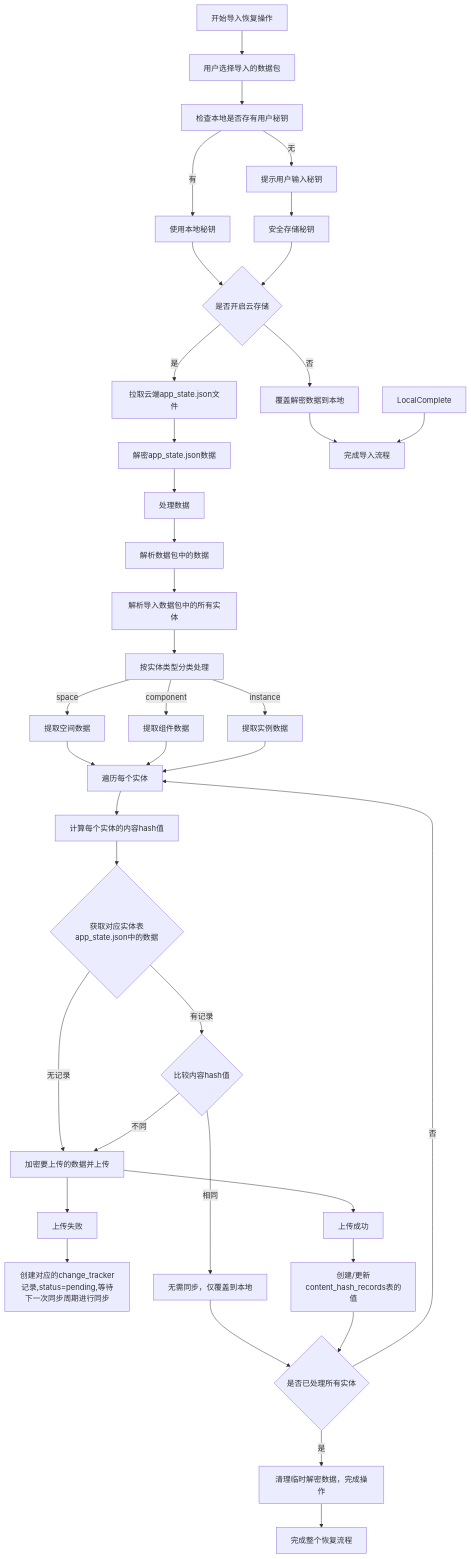
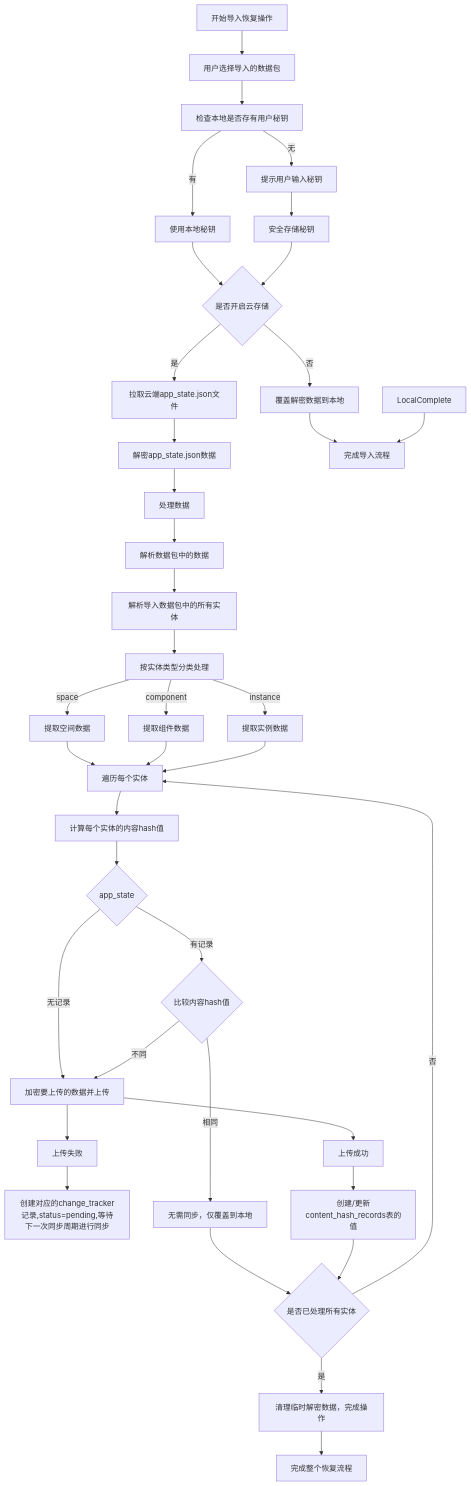
Before and after one commit to yingjianzh/iodraw-files: the diagram in all/未命名-47.md, drawn with Mermaid.

Commit message:
2025-04-29 15:01:38 update

````diff
--- a/all/未命名-47.md
+++ b/all/未命名-47.md
@@ -1,56 +1,56 @@
 ```mermaid
 flowchart TD
     A[开始导入恢复操作] --> B[用户选择导入的数据包]
     B --> B1[检查本地是否存有用户秘钥]
     
     B1 -->|有| B3[使用本地秘钥]
     B1 -->|无| B4[提示用户输入秘钥]
 
     B4 --> B8[安全存储秘钥]
     B3 --> Check{是否开启云存储}
 
     B8 --> Check
     Check --> |否| LocalOnly[覆盖解密数据到本地]
     
     Check --> |是| Download[拉取云端app_state.json文件]
     Download --> AppState[解密app_state.json数据]
 
     LocalOnly --> Complete[完成导入流程]
     AppState --> Process[处理数据]
 
     Process --> C[解析数据包中的数据]
     
     C --> D[解析导入数据包中的所有实体]
     D --> G[按实体类型分类处理]
     
     G -->|space| H1[提取空间数据]
     G -->|component| H2[提取组件数据]
     G -->|instance| H3[提取实例数据]
     
     H1 --> I[遍历每个实体]
     H2 --> I
     H3 --> I
     
     I --> CalcHash[计算每个实体的内容hash值]
-    CalcHash --> L{获取对应实体表app_state.json中的数据}
+    CalcHash --> L{app_state}
     
     L -->|无记录| M1[加密要上传的数据并上传]
     M1 --> N1[上传成功]
     M1 --> N2[上传失败]
     
     N2 --> N3[创建对应的change_tracker记录,status=pending,等待下一次同步周期进行同步]
     N1 --> M4[创建/更新content_hash_records表的值]
     LocalComplete --> Complete
 
     L -->|有记录| M2{比较内容hash值}
     M2 -->|相同| M3[无需同步，仅覆盖到本地]
     M2 -->|不同| M1
     
     M3 --> S{是否已处理所有实体}
     M4 --> S
 
     S -->|否| I
     S -->|是| U[清理临时解密数据，完成操作]
 
     U --> V[完成整个恢复流程]
 ```
````
